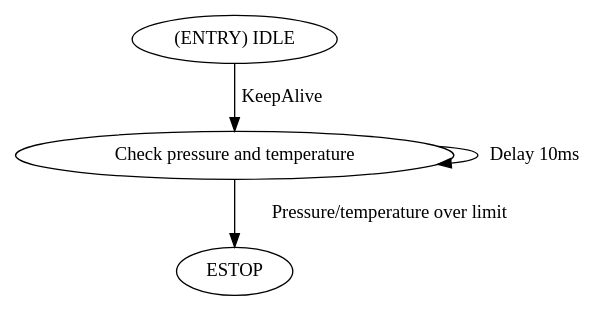
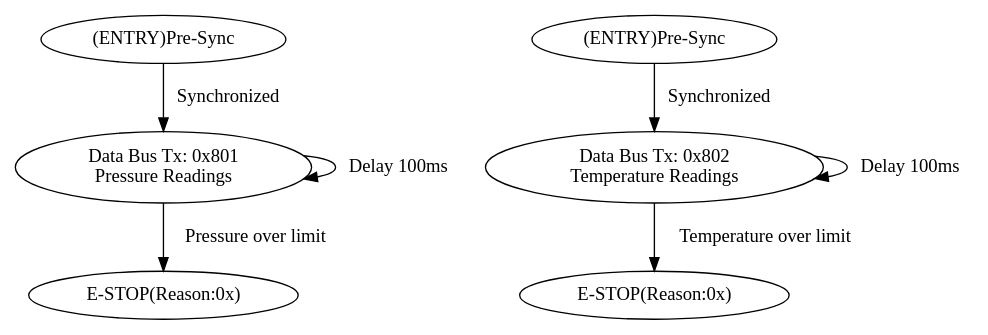
One commit to umdloop/state-machines changed the diagram in Pipe-jacking/pressureTempSensor.dot. Above: the diagram before and after it, drawn with Graphviz.

```diff
--- a/Pipe-jacking/pressureTempSensor.dot
+++ b/Pipe-jacking/pressureTempSensor.dot
@@ -1,9 +1,17 @@
 digraph {
-    S00 [label="(ENTRY) IDLE"];
-    S01 [label="Check pressure and temperature"];
-    S02 [label="ESTOP"];
+    S00 [label="(ENTRY)Pre-Sync"];
+    S01 [label="Data Bus Tx: 0x801\nPressure Readings"];
+    S02 [label="E-STOP(Reason:0x)"];
 
-    S00 -> S01 [label="KeepAlive"];
-    S01 -> S01 [label="Delay 10ms"];
-    S01 -> S02 [label="Pressure/temperature over limit"];
+    S00 -> S01 [label="Synchronized"];
+    S01 -> S01 [label="Delay 100ms"];
+    S01 -> S02 [label="Pressure over limit"];
+
+    S03 [label="(ENTRY)Pre-Sync"];
+    S04 [label="Data Bus Tx: 0x802\nTemperature Readings"];
+    S05 [label="E-STOP(Reason:0x)"];
+
+    S03 -> S04 [label="Synchronized"];
+    S04 -> S04 [label="Delay 100ms"];
+    S04 -> S05 [label="Temperature over limit"];
 }
```
